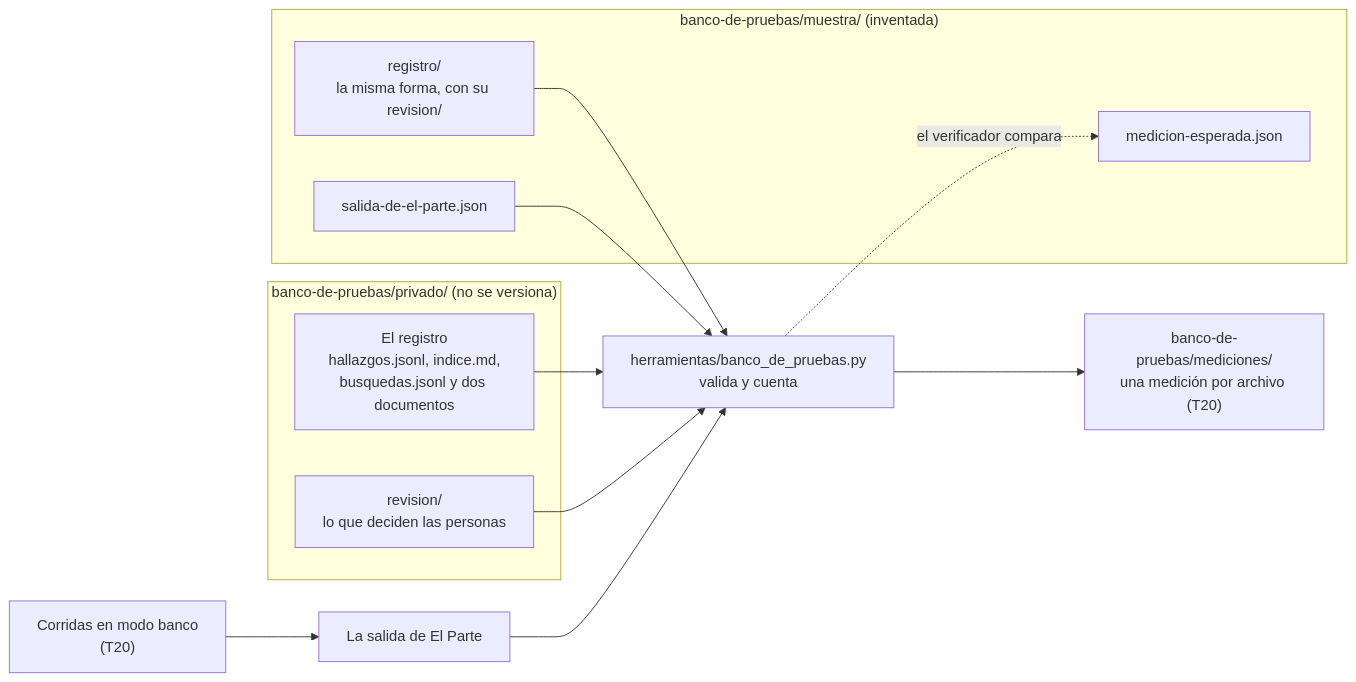
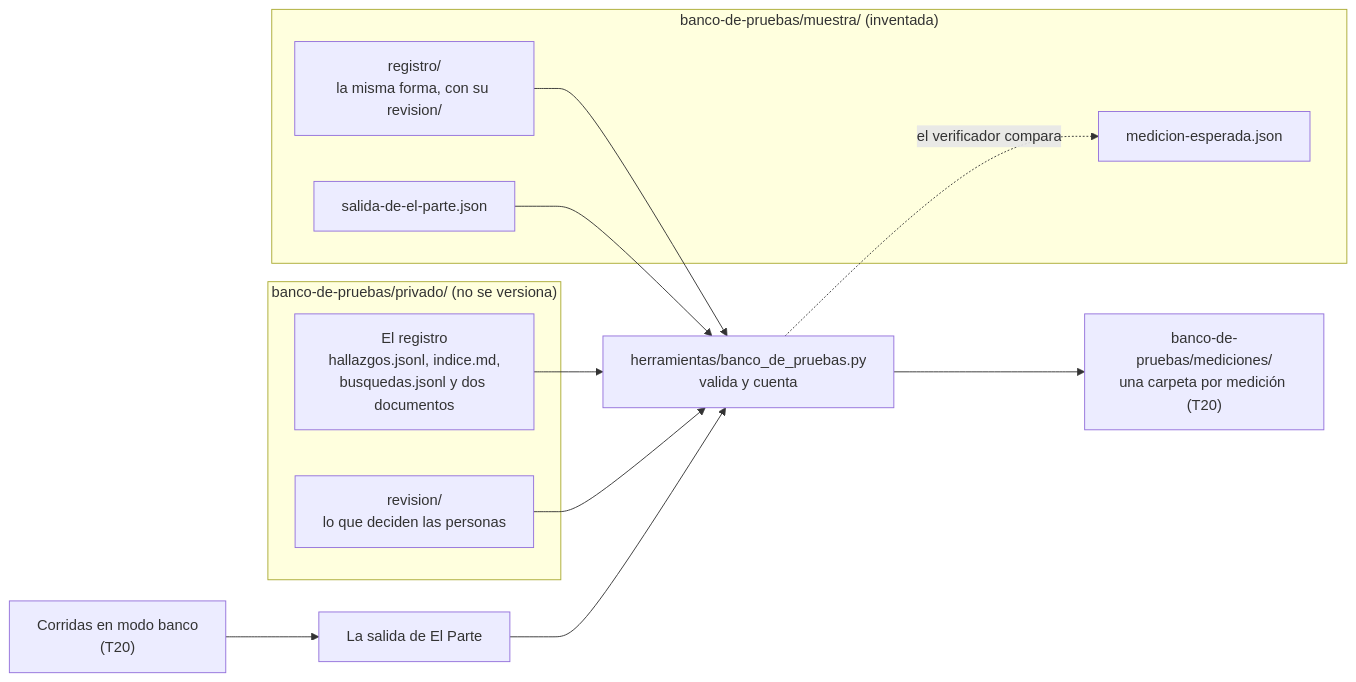
The diagram in banco-de-pruebas/formato.md (andresdiegolanda/el-parte), drawn with Mermaid before and after one commit. The commit also changed other lines of this file and 14 other files, not shown here.

First line of the commit message:
Diseño de la medición contra el banco (ADR 0014, aceptado)

````diff
--- a/banco-de-pruebas/formato.md
+++ b/banco-de-pruebas/formato.md
@@ -9,20 +9,20 @@
 ```mermaid
 flowchart LR
     subgraph PRIV["banco-de-pruebas/privado/ (no se versiona)"]
         R["El registro<br/>hallazgos.jsonl, indice.md,<br/>busquedas.jsonl y dos documentos"]
         V["revision/<br/>lo que deciden las personas"]
     end
     subgraph MUES["banco-de-pruebas/muestra/ (inventada)"]
         RM["registro/<br/>la misma forma, con su revision/"]
         SM["salida-de-el-parte.json"]
         EM["medicion-esperada.json"]
     end
     C["Corridas en modo banco<br/>(T20)"] --> S["La salida de El Parte"]
     R --> M["herramientas/banco_de_pruebas.py<br/>valida y cuenta"]
     V --> M
     S --> M
-    M --> ME["banco-de-pruebas/mediciones/<br/>una medición por archivo (T20)"]
+    M --> ME["banco-de-pruebas/mediciones/<br/>una carpeta por medición (T20)"]
     RM --> M
     SM --> M
     M -. "el verificador compara" .-> EM
 ```
````
